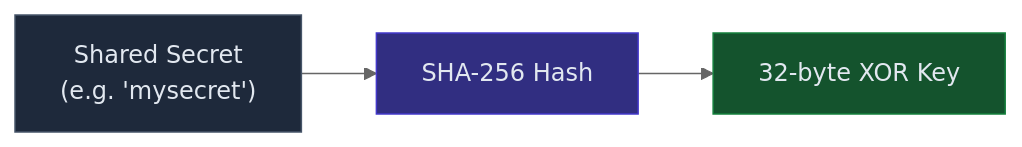
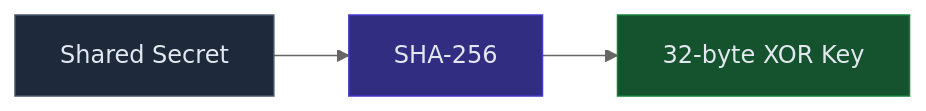
Before and after one commit to devravinder/project-file-streamer: the first of 7 diagrams in README.md, drawn with Mermaid (neutral theme). The commit also changed other lines of this file and 4 other files, not shown here.

````diff
--- a/README.md
+++ b/README.md
@@ -24,12 +24,8 @@
 ```mermaid
 flowchart LR
-    A["Shared Secret\n(e.g. 'mysecret')"]
-    B["SHA-256 Hash"]
-    C["32-byte XOR Key"]
-
-    A --> B --> C
+    A["Shared Secret"] --> B["SHA-256"] --> C["32-byte XOR Key"]
 
     style A fill:#1e293b,stroke:#475569,color:#e2e8f0
     style B fill:#312e81,stroke:#4338ca,color:#e2e8f0
     style C fill:#14532d,stroke:#15803d,color:#e2e8f0
 ```
````
